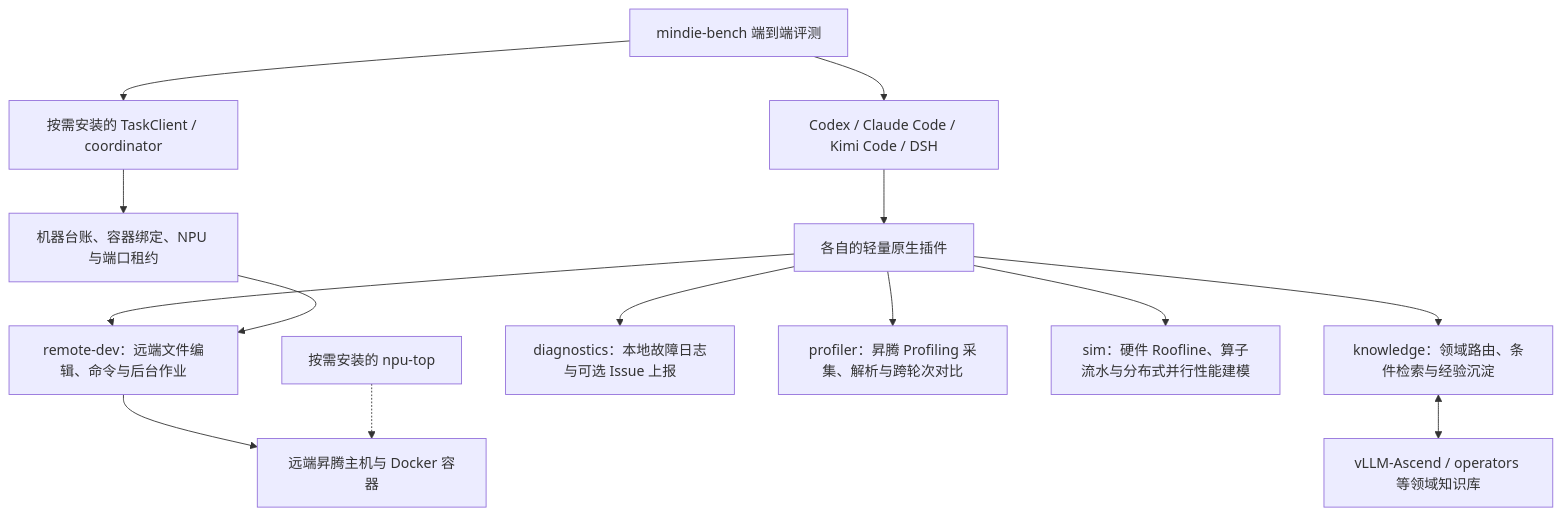
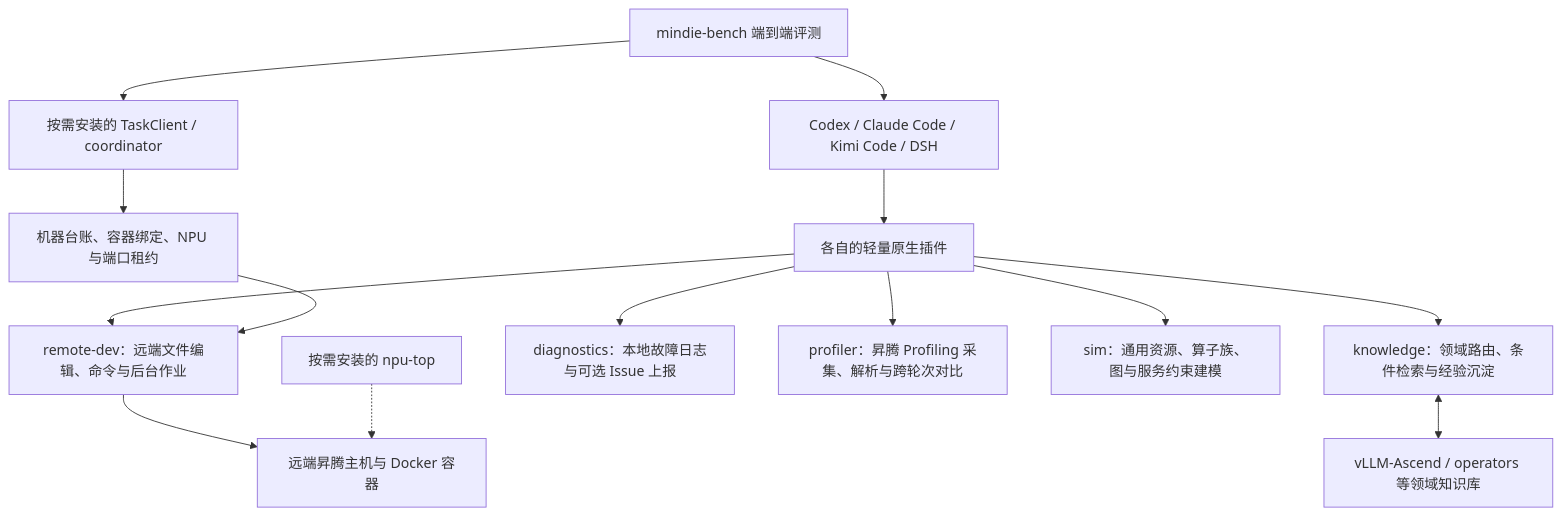
Before and after one commit to mindie-agent/mindie-agent: the diagram in docs/architecture.md, drawn with Mermaid. The commit also changed other lines of this file and 35 other files, not shown here.

````diff
--- a/docs/architecture.md
+++ b/docs/architecture.md
@@ -11,16 +11,16 @@
 ```mermaid
 flowchart TB
     H["Codex / Claude Code / Kimi Code / DSH"] --> P["各自的轻量原生插件"]
     P --> K["knowledge：领域路由、条件检索与经验沉淀"]
     P --> R["remote-dev：远端文件编辑、命令与后台作业"]
     P --> D["diagnostics：本地故障日志与可选 Issue 上报"]
     P --> PR["profiler：昇腾 Profiling 采集、解析与跨轮次对比"]
-    P --> S["sim：硬件 Roofline、算子流水与分布式并行性能建模"]
+    P --> S["sim：通用资源、算子族、图与服务约束建模"]
     K <--> F["vLLM-Ascend / operators 等领域知识库"]
     T["按需安装的 TaskClient / coordinator"] --> Q["机器台账、容器绑定、NPU 与端口租约"]
     Q --> R
     R --> N["远端昇腾主机与 Docker 容器"]
     M["按需安装的 npu-top"] -.-> N
     B["mindie-bench 端到端评测"] --> T
     B --> H
 ```
````
